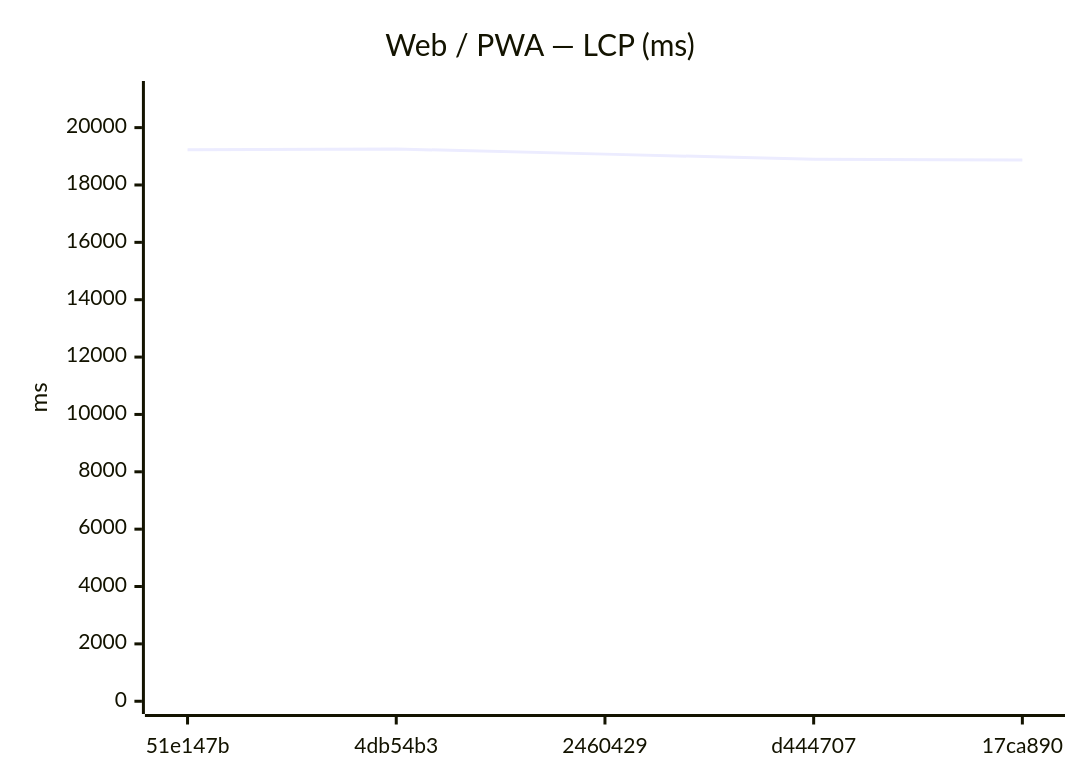
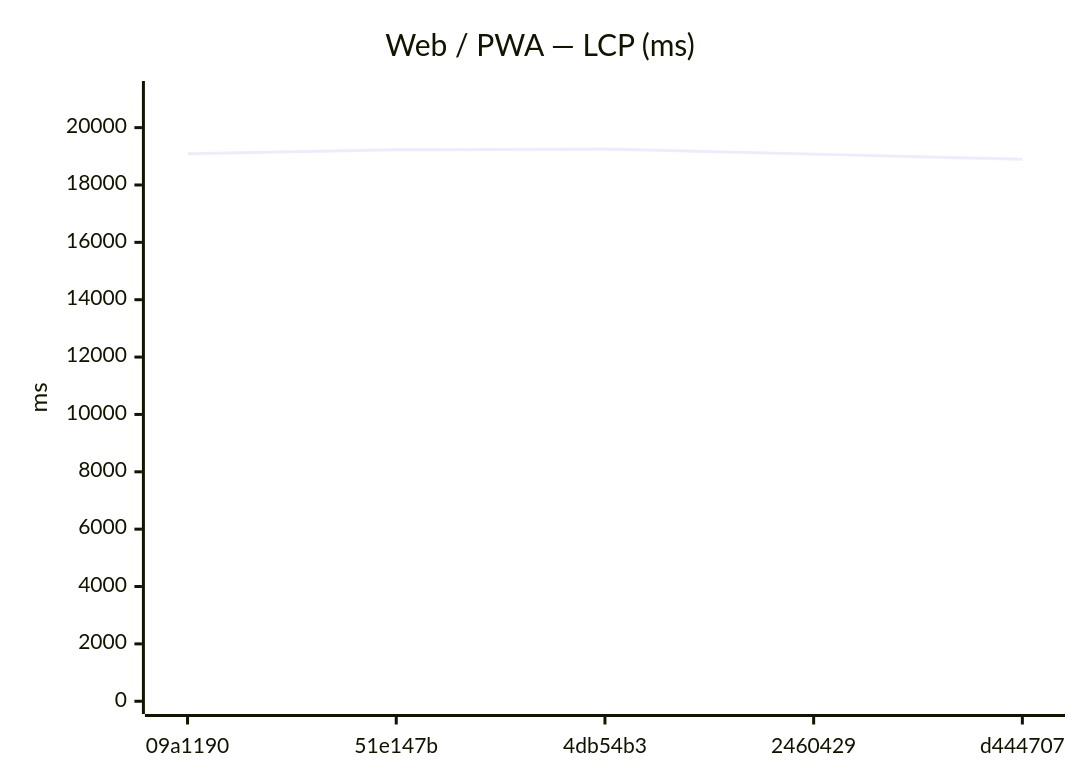
Before and after one commit to Metaheurist/Rianell: the seventh of 18 diagrams in benchmarks/compare.md, drawn with Mermaid. The commit also changed other lines of this file and 11 other files, not shown here.

````diff
--- a/benchmarks/compare.md
+++ b/benchmarks/compare.md
@@ -117,7 +117,7 @@
 ```mermaid
 xychart-beta
     title "Web / PWA — LCP (ms)"
-    x-axis ["51e147b", "4db54b3", "2460429", "d444707", "17ca890"]
+    x-axis ["09a1190", "51e147b", "4db54b3", "2460429", "d444707"]
     y-axis "ms" 0 --> 21181
-    line [19227, 19255, 19076, 18898, 18874]
+    line [19090, 19227, 19255, 19076, 18898]
 ```
````
